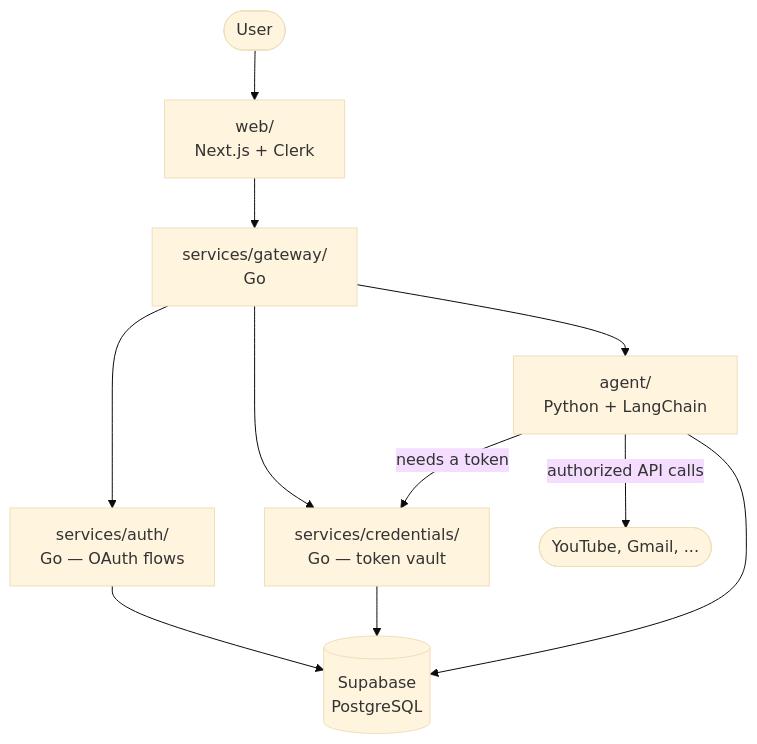
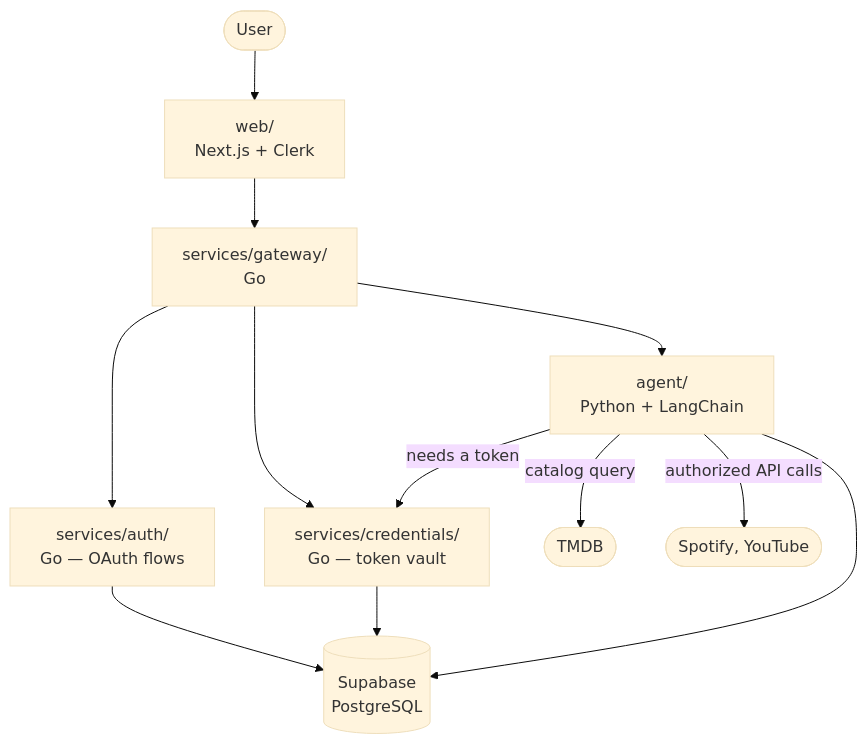
One commit to Skye967/holster changed the diagram in README.md. Above: the diagram before and after it, drawn with Mermaid (base theme). The commit also changed other lines of this file and 3 other files, not shown here.

````diff
--- a/README.md
+++ b/README.md
@@ -38,13 +39,14 @@
 ```mermaid
 flowchart TD
     U([User]) --> W["web/<br/>Next.js + Clerk"]
     W --> G["services/gateway/<br/>Go"]
     G --> A["services/auth/<br/>Go — OAuth flows"]
     G --> C["services/credentials/<br/>Go — token vault"]
     G --> AG["agent/<br/>Python + LangChain"]
+    AG -->|"catalog query"| TMDB([TMDB])
     AG -->|"needs a token"| C
-    AG -->|"authorized API calls"| EXT([YouTube, Gmail, ...])
+    AG -->|"authorized API calls"| EXT([Spotify, YouTube])
     A --> DB[("Supabase<br/>PostgreSQL")]
     C --> DB
     AG --> DB
 ```
````
